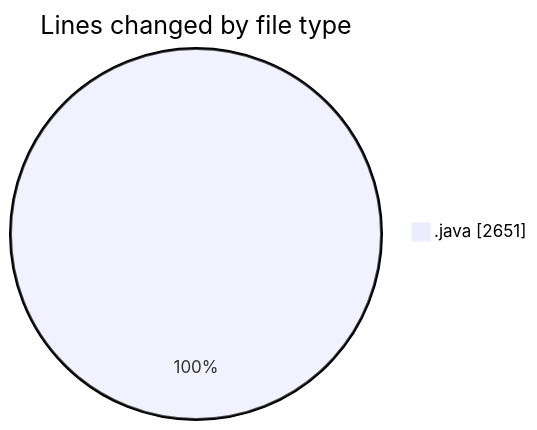
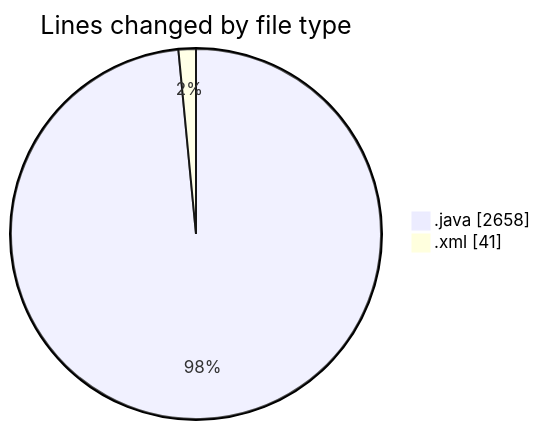
The first of 2 diagrams in 2026-03-10/cilapp/README.md (ricardozamudiocil/code-tracking), drawn with Mermaid before and after one commit. The commit also changed other lines of this file and 1 other file, not shown here.

````diff
--- a/2026-03-10/cilapp/README.md
+++ b/2026-03-10/cilapp/README.md
@@ -20,5 +21,6 @@
 ```mermaid
 pie showData
 title Lines changed by file type
-".java" : 2651
+".java" : 2658
+".xml" : 41
 ```
````
